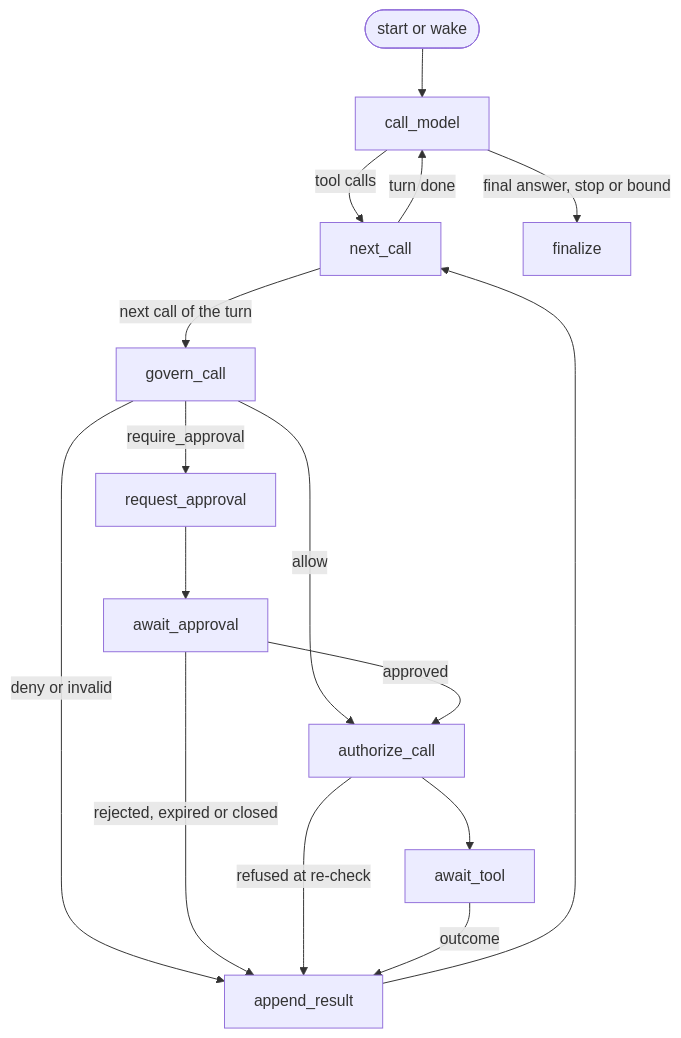
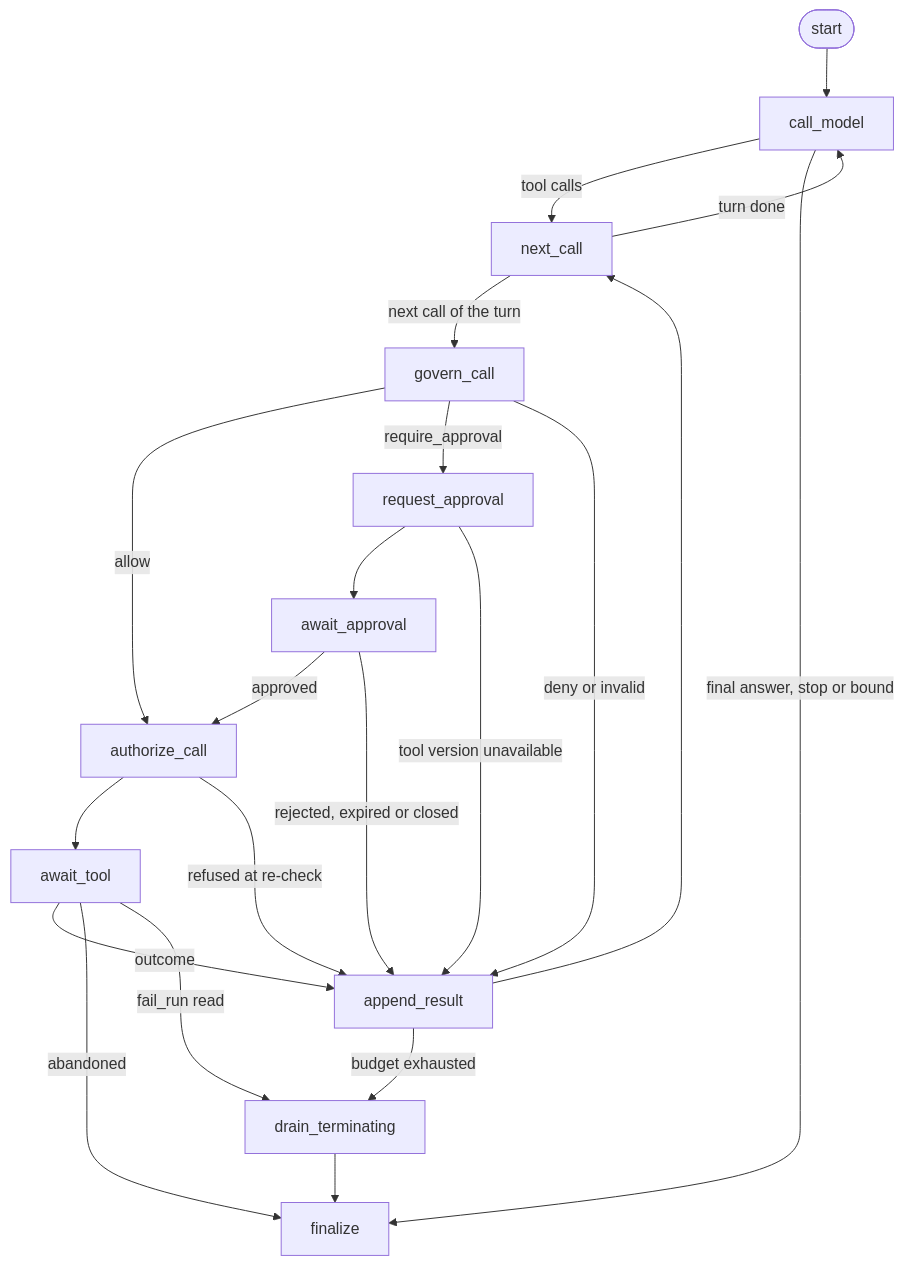
The second of 2 diagrams in docs/architecture/run-lifecycle.md (SwapnilJadhav11/Tether-Runtime), drawn with Mermaid before and after one commit. The commit also changed other lines of this file, not shown here.

Commit message:
docs: address review findings on the run lifecycle page

````diff
--- a/docs/architecture/run-lifecycle.md
+++ b/docs/architecture/run-lifecycle.md
@@ -79,18 +85,23 @@
 ```mermaid
 flowchart TD
-    S([start or wake]) --> CM[call_model]
+    S([start]) --> CM[call_model]
     CM -->|tool calls| NC[next_call]
     CM -->|final answer, stop or bound| F[finalize]
     NC -->|next call of the turn| G[govern_call]
     NC -->|turn done| CM
     G -->|allow| AU[authorize_call]
     G -->|require_approval| RA[request_approval]
     G -->|deny or invalid| AR[append_result]
     RA --> AA[await_approval]
+    RA -->|tool version unavailable| AR
     AA -->|approved| AU
     AA -->|rejected, expired or closed| AR
     AU --> AT[await_tool]
     AU -->|refused at re-check| AR
     AT -->|outcome| AR
+    AT -->|abandoned| F
+    AT -->|fail_run read| DT[drain_terminating]
+    AR -->|budget exhausted| DT
     AR --> NC
+    DT --> F
 ```
````
